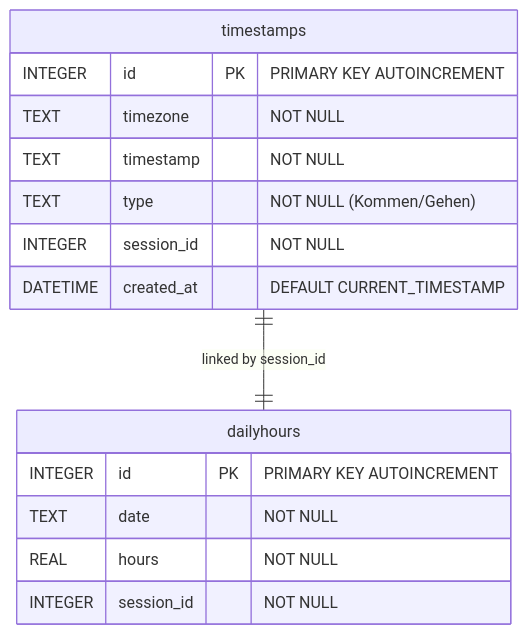
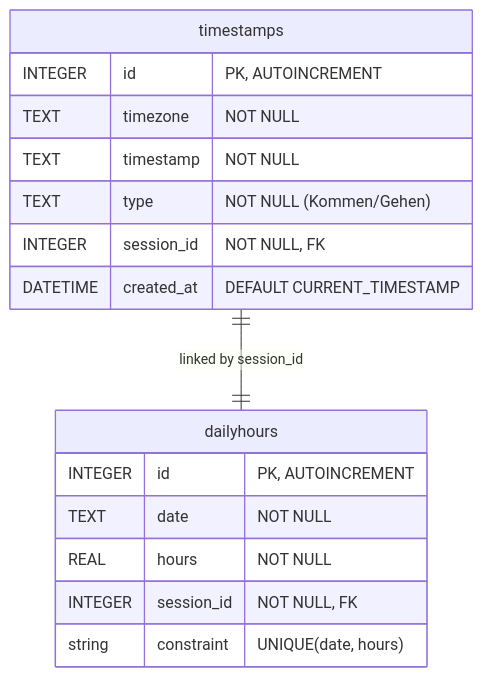
Before and after one commit to JvandeLocht/TimeTagger: the second of 2 diagrams in README.md, drawn with Mermaid.

Commit message:
Simplified erd diagram

````diff
--- a/README.md
+++ b/README.md
@@ -63,20 +63,21 @@
 ```mermaid
 erDiagram
     timestamps {
-        INTEGER id PK "PRIMARY KEY AUTOINCREMENT"
+        INTEGER id "PK, AUTOINCREMENT"
         TEXT timezone "NOT NULL"
         TEXT timestamp "NOT NULL"
         TEXT type "NOT NULL (Kommen/Gehen)"
-        INTEGER session_id "NOT NULL"
+        INTEGER session_id "NOT NULL, FK"
         DATETIME created_at "DEFAULT CURRENT_TIMESTAMP"
     }
 
     dailyhours {
-        INTEGER id PK "PRIMARY KEY AUTOINCREMENT"
+        INTEGER id "PK, AUTOINCREMENT"
         TEXT date "NOT NULL"
         REAL hours "NOT NULL"
-        INTEGER session_id "NOT NULL"
+        INTEGER session_id "NOT NULL, FK"
+        string constraint "UNIQUE(date, hours)"
     }
 
     timestamps ||--|| dailyhours : "linked by session_id"
 ```
````
